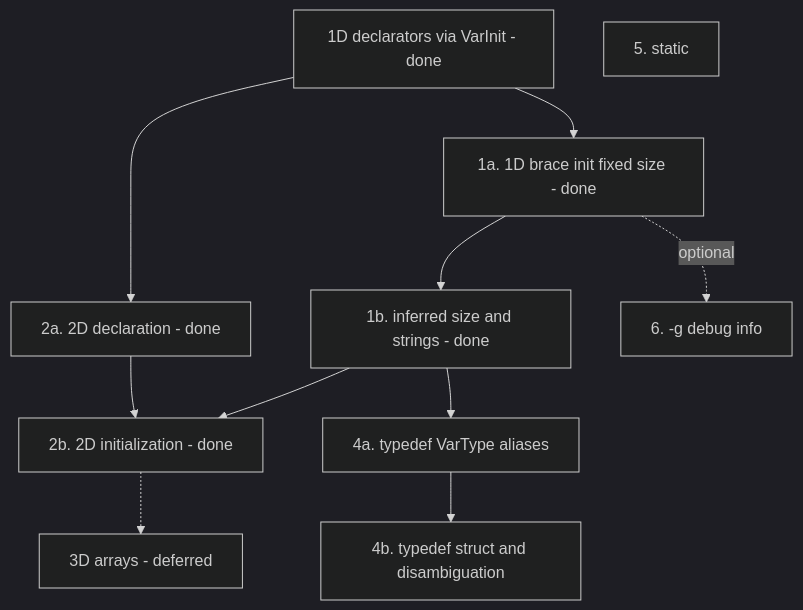
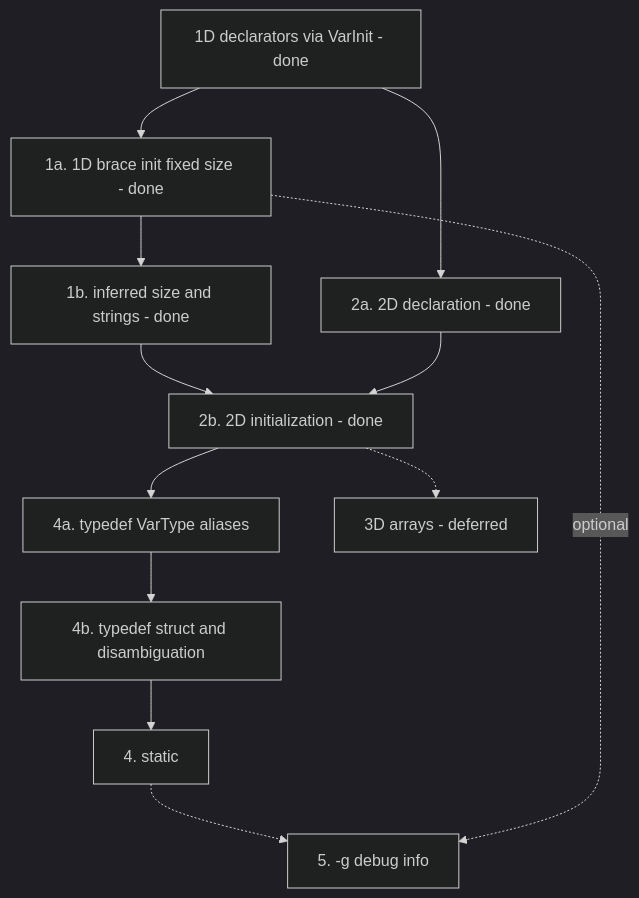
Before and after one commit to yanghuafang/lcc: the diagram in docs/Roadmap.md, drawn with Mermaid (dark theme). The commit also changed other lines of this file and 9 other files, not shown here.

````diff
--- a/docs/Roadmap.md
+++ b/docs/Roadmap.md
@@ -50,23 +51,24 @@
 ```mermaid
 flowchart TD
   done[1D declarators via VarInit - done]
   init1a[1a. 1D brace init fixed size - done]
   init1b[1b. inferred size and strings - done]
   md2a[2a. 2D declaration - done]
   md2b[2b. 2D initialization - done]
   td4a[4a. typedef VarType aliases]
   td4b[4b. typedef struct and disambiguation]
   md3[3D arrays - deferred]
-  stat[5. static]
-  dbg[6. -g debug info]
+  stat[4. static]
+  dbg[5. -g debug info]
 
   done --> init1a --> init1b
+  done --> md2a
   init1b --> md2b
-  done --> md2a --> md2b
+  md2a --> md2b
+  md2b --> td4a --> td4b
+  td4b --> stat
   md2b -.-> md3
-  init1b --> td4a --> td4b
-  stat
-  dbg
+  stat -.-> dbg
 
   init1a -.->|optional| dbg
 ```
````
